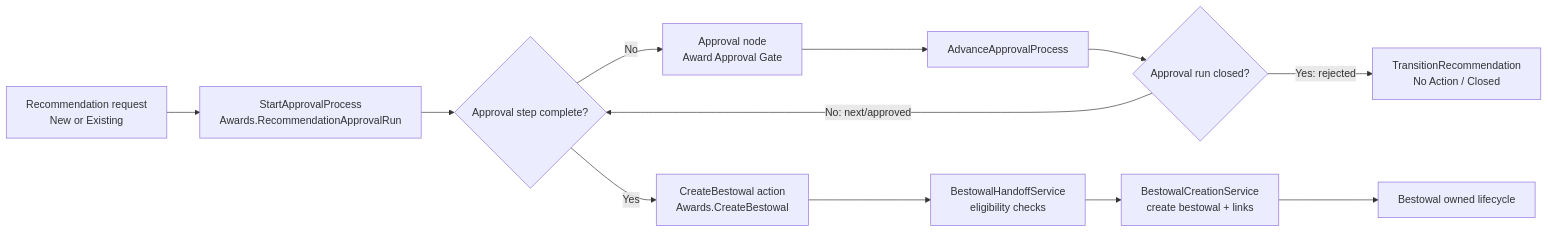
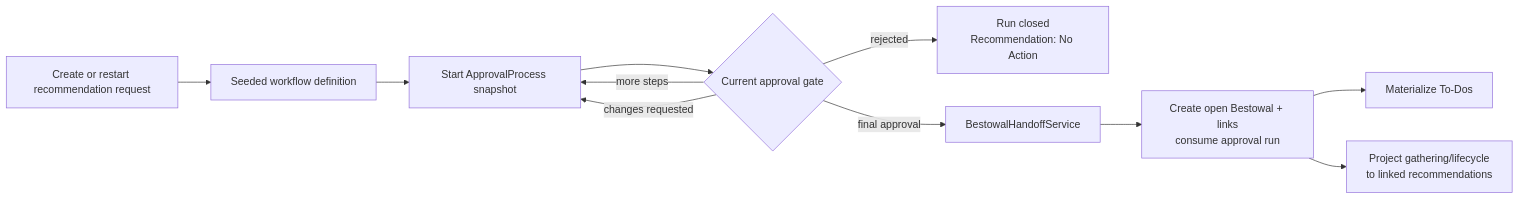
The first of 4 diagrams in app/docs/awards-recommendation-bestowal-workflow-diagrams.md (Ansteorra/KMP), drawn with Mermaid before and after one commit. The commit also changed other lines of this file and 1907 other files, not shown here.

````diff
--- a/app/docs/awards-recommendation-bestowal-workflow-diagrams.md
+++ b/app/docs/awards-recommendation-bestowal-workflow-diagrams.md
@@ -7,14 +10,13 @@
 ```mermaid
 flowchart LR
-    A["Recommendation request<br/>New or Existing"] --> B["StartApprovalProcess<br/>Awards.RecommendationApprovalRun"]
-    B --> C{"Approval step complete?"}
-    C -- "No" --> D["Approval node<br/>Award Approval Gate"]
-    D --> E["AdvanceApprovalProcess"]
-    E --> J{"Approval run closed?"}
-    J -- "No: next/approved" --> C
-    J -- "Yes: rejected" --> K["TransitionRecommendation<br/>No Action / Closed"]
-    C -- "Yes" --> F["CreateBestowal action<br/>Awards.CreateBestowal"]
-    F --> G["BestowalHandoffService<br/>eligibility checks"]
-    G --> H["BestowalCreationService<br/>create bestowal + links"]
-    H --> I["Bestowal owned lifecycle"]
+    Q["Create or restart recommendation request"] --> W["Seeded workflow definition"]
+    W --> P["Start ApprovalProcess snapshot"]
+    P --> A{"Current approval gate"}
+    A -- more steps --> P
+    A -- changes requested --> P
+    A -- rejected --> R["Run closed\nRecommendation: No Action"]
+    A -- final approval --> H["BestowalHandoffService"]
+    H --> B["Create open Bestowal + links\nconsume approval run"]
+    B --> T["Materialize To-Dos"]
+    B --> S["Project gathering/lifecycle\nto linked recommendations"]
 ```
````
